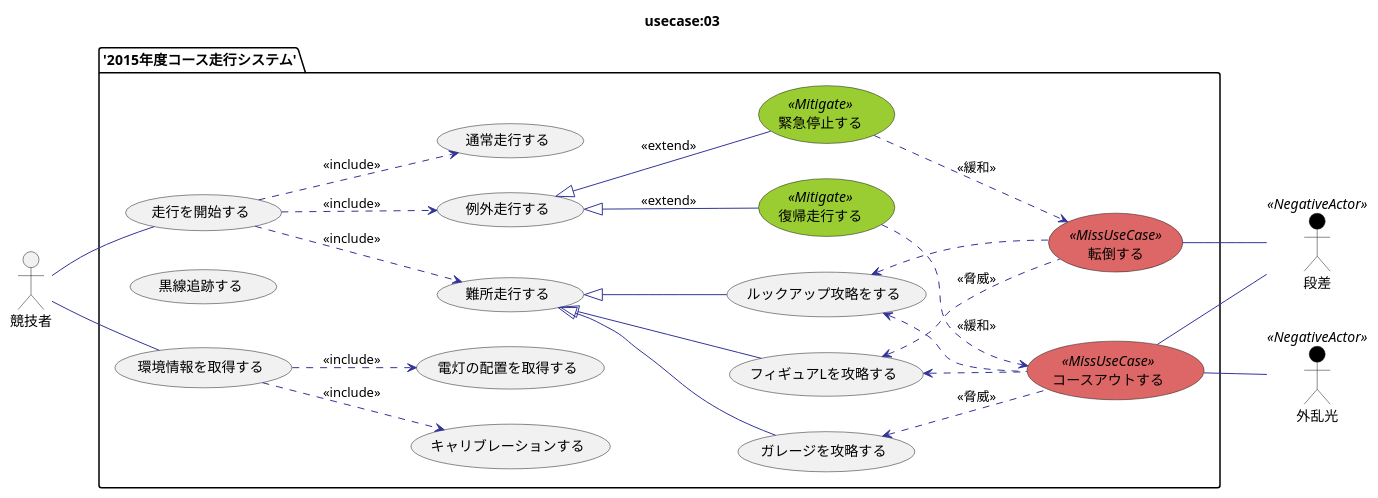
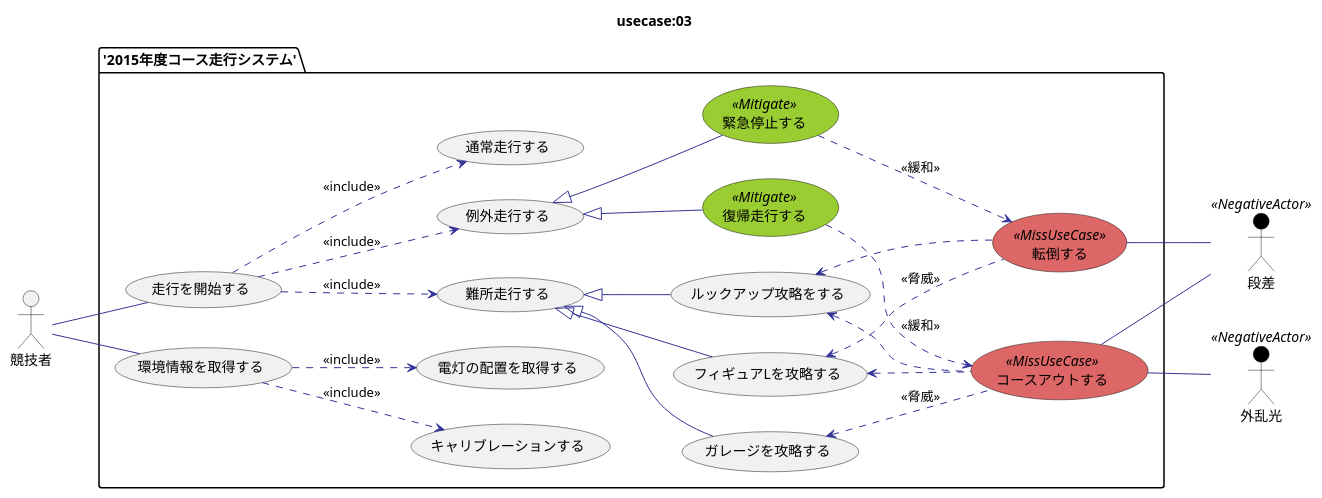
The diagram in diagram/usecase/03/usecase.pu (SLP-KBIT/ETR2015), drawn with PlantUML before and after one commit. The commit also changed 1 other file, not shown here.

Commit message:
(maxmellon:usecase:03) fix usecase diagram of stereo type and remove not use usecase

```diff
--- a/diagram/usecase/03/usecase.pu
+++ b/diagram/usecase/03/usecase.pu
@@ -1,79 +1,79 @@
 @startuml usecase.png
 
 title usecase:03 
 
 actor 競技者 as user
 
 left to right direction
 
 skinparam usecase {
   BackgroundColor<<MissUseCase>> #DD6666
   BackgroundColor<<Mitigate>> YellowGreen
   ArrowColor #333399
 }
 
 skinparam actor {
   BackgroundColor<<NegativeActor>> Black
 }
 
 actor 外乱光 as noise <<NegativeActor>>
 actor 段差   as ramp  <<NegativeActor>>
 
 package '2015年度コース走行システム' {
 
   usecase 走行を開始する          as defalut
 
   usecase 通常走行する            as normal
   usecase 難所走行する            as different
   usecase 例外走行する            as exception
 
-  usecase 黒線追跡する            as line
+  'usecase 黒線追跡する            as line
   usecase ガレージを攻略する      as grage
   usecase ルックアップ攻略をする  as lookup
   usecase フィギュアLを攻略する   as figureL
 
   usecase 復帰走行する            as return    <<Mitigate>>
   usecase 緊急停止する            as stop      <<Mitigate>>
 
   usecase コースアウトする        as courseout <<MissUseCase>>
   usecase 転倒する                as falling   <<MissUseCase>>
 
   usecase 環境情報を取得する      as getenv
 
   usecase 電灯の配置を取得する    as getlight
   usecase キャリブレーションする  as calb
 
   user -- defalut
   user -- getenv
 
   defalut ..> normal    : <<include>>
   defalut ..> different : <<include>>
   defalut ..> exception : <<include>>
 
   grage   <.. courseout : <<脅威>>
   figureL <.. courseout
   lookup  <.. courseout
 
   figureL <.. falling : <<脅威>>
   lookup  <.. falling
 
   different <|-- grage
   different <|-- lookup
   different <|-- figureL
 
-  exception <|-- return : <<extend>>
-  exception <|-- stop   : <<extend>>
+  exception <|-- return
+  exception <|-- stop
 
   getenv ..> getlight  : <<include>>
   getenv ..> calb      : <<include>>
 
   courseout -- noise
   courseout -- ramp
   falling   -- ramp
 
   stop   ..>  falling   : <<緩和>>
   return ..>  courseout : <<緩和>>
 
 }
 
 @enduml
```
